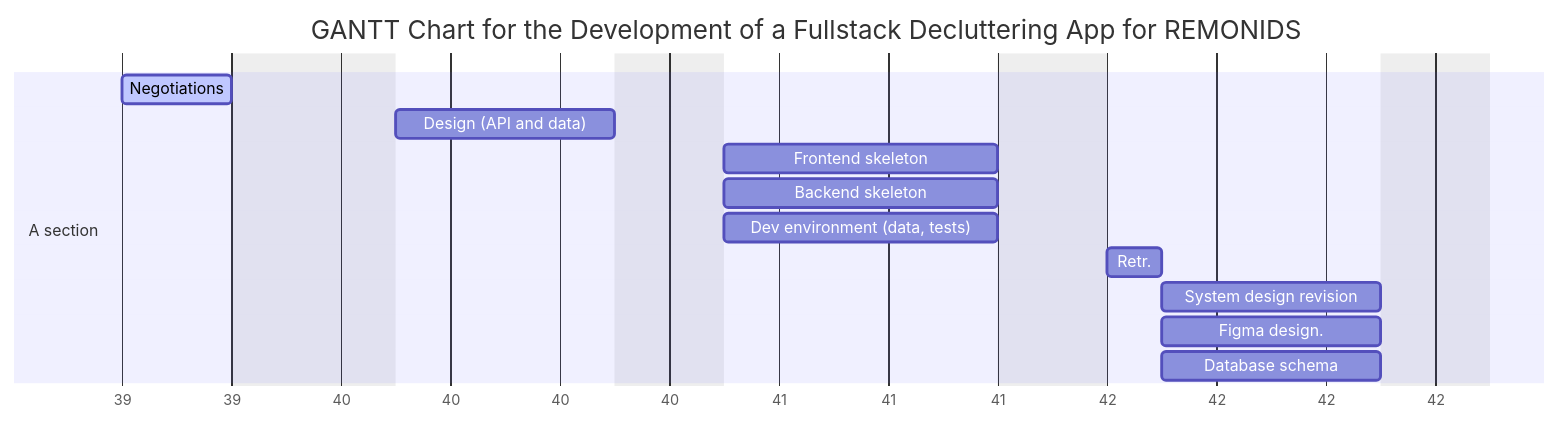
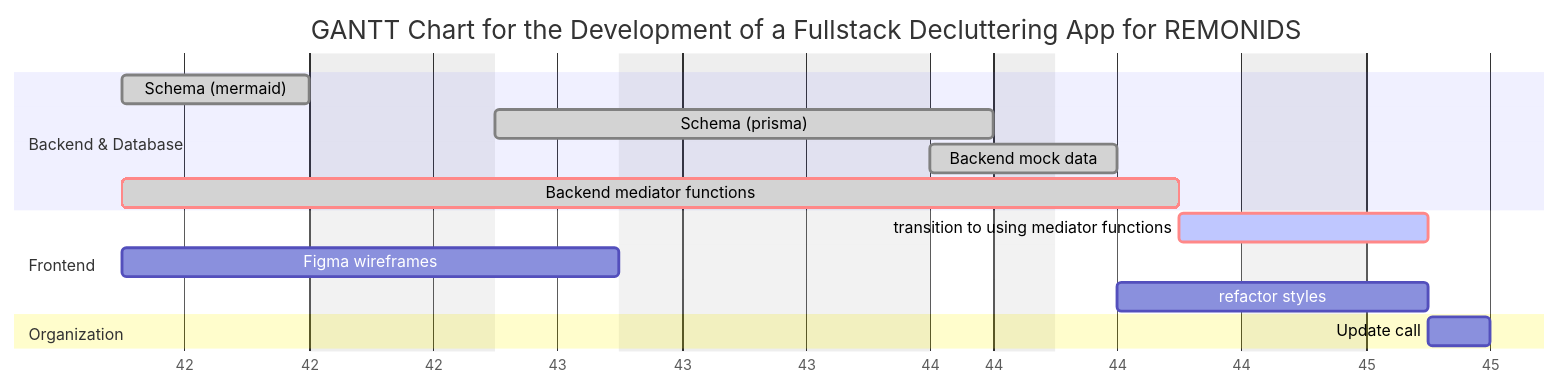
The first of 6 diagrams in README.md (WildCodeSchool/2022-07-EN-Berlin-Remote1-Project3Planning), drawn with Mermaid before and after one commit. The commit also changed other lines of this file, not shown here.

Commit message:
Updated GANTT chart

````diff
--- a/README.md
+++ b/README.md
@@ -16,18 +18,26 @@
 ```mermaid
 gantt
 dateFormat  YYYY-MM-DD
 axisFormat  %W
 title GANTT Chart for the Development of a Fullstack Decluttering App for REMONIDS
-excludes weekends 2022-10-03
+excludes weekends 2022-10-03 2022-11-01 2022-10-21 2022-10-26 2022-10-27 2022-10-28
 
-section A section
-Negotiations                    :active,  des1, 2022-09-29, 2d
-Design (API and data)           :         des2, after des1, 4d
-Frontend skeleton               :         des3, after des2, 5d
-Backend skeleton                :         des4, after des2, 5d
-Dev environment (data, tests)   :         des5, after des2, 5d
-Retr.                           :         des6, after des3 after des4 after des5, 1d
-System design revision          :         des7, after des6, 4d
-Figma design.                   :         des8, after des6, 4d
-Database schema                 :         des8, after des6, 4d
+section Backend & Database
+
+Schema (mermaid)            :done, db_mermaid, 2022-10-18, 3d
+Schema (prisma)             :done, db_prisma, after db_mermaid, 3d
+Backend mock data           :done, mockdata, 2022-10-31, 2d
+Backend mediator functions  :crit, done, api_mediator_functions, 2022-10-18, 8d
+
+
+section Frontend
+
+transition to using mediator functions     :crit, active,   refactor_api, after db_prisma after mockdata after api_mediator_functions, 2d
+Figma wireframes                :done     figma_wireframe, 2022-10-18, 5d
+refactor styles                 :active   refactor_style, after figma_wireframe, 3d
+
+section Organization
+
+Update call                     : update1, after refactor_style after refactor_api, 1d
+
 ```
````
